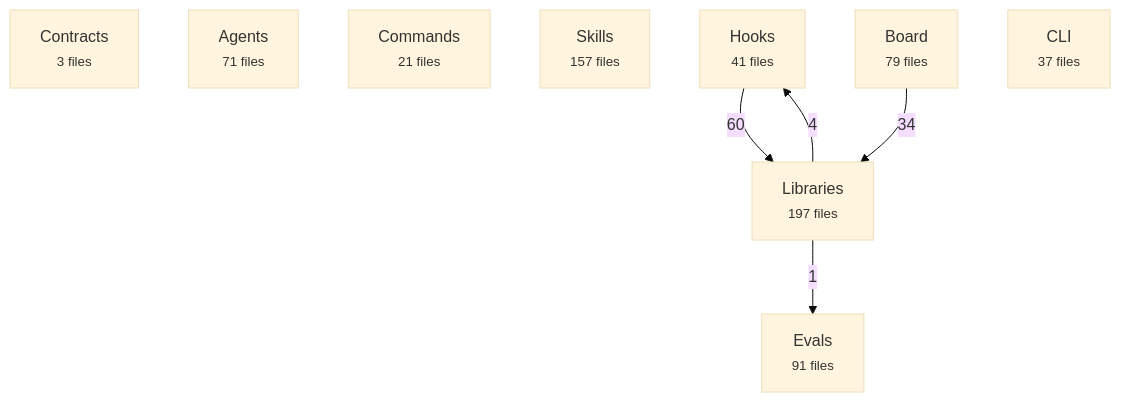
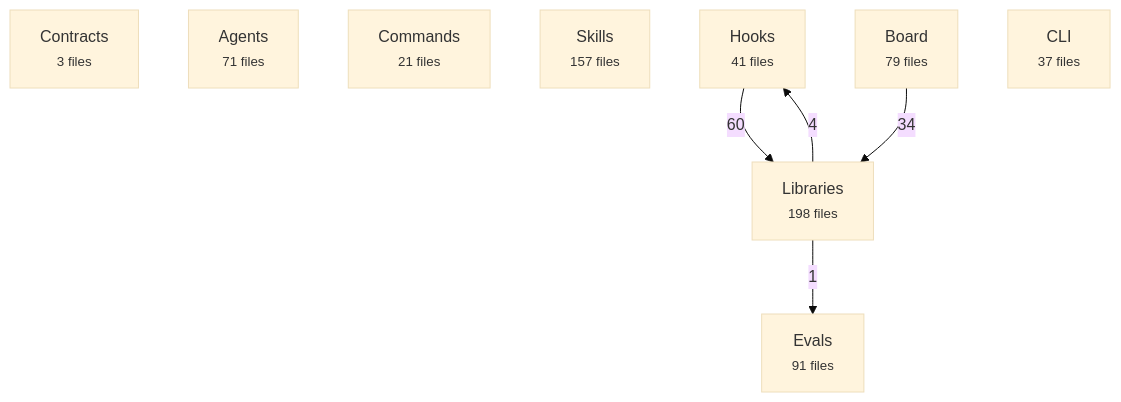
The first of 2 diagrams in docs/reference/architecture-map.md (avelikiy/great_cto), drawn with Mermaid (base theme) before and after one commit. The commit also changed other lines of this file and 5 other files, not shown here.

````diff
--- a/docs/reference/architecture-map.md
+++ b/docs/reference/architecture-map.md
@@ -20,16 +20,16 @@
 ```mermaid
 flowchart TD
   contracts["Contracts<br/><small>3 files</small>"]
   agents["Agents<br/><small>71 files</small>"]
   commands["Commands<br/><small>21 files</small>"]
   skills["Skills<br/><small>157 files</small>"]
   hooks["Hooks<br/><small>41 files</small>"]
-  libs["Libraries<br/><small>197 files</small>"]
+  libs["Libraries<br/><small>198 files</small>"]
   board["Board<br/><small>79 files</small>"]
   cli["CLI<br/><small>37 files</small>"]
   evals["Evals<br/><small>91 files</small>"]
   hooks -->|60| libs
   board -->|34| libs
   libs -->|4| hooks
   libs -->|1| evals
 ```
````
